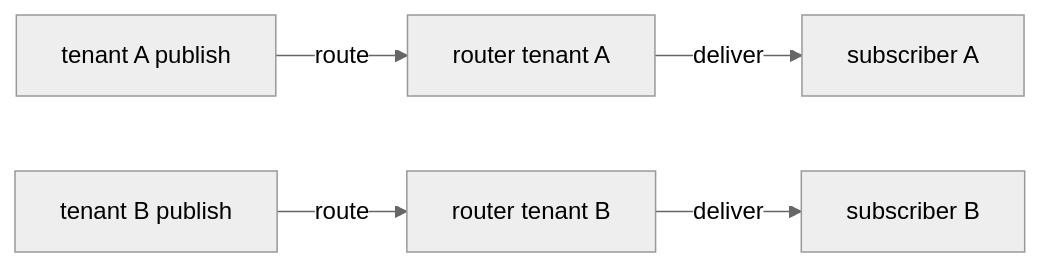
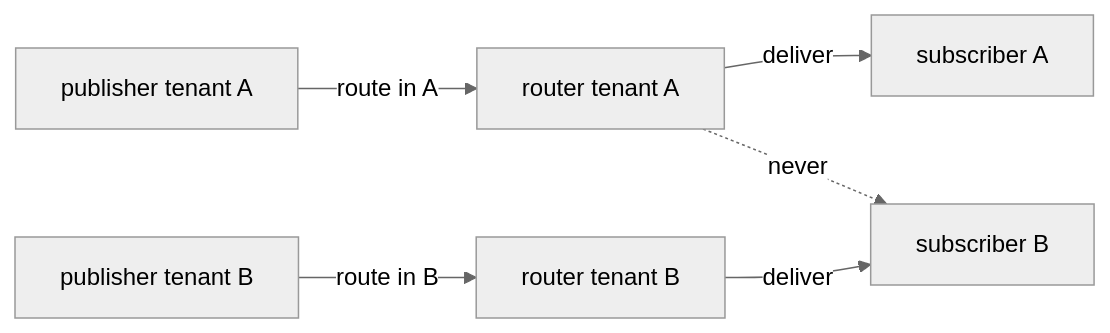
The diagram in docs/multi-tenancy/index.md (Indus-Stack/indramqtt), drawn with Mermaid (neutral theme) before and after one commit. The commit also changed other lines of this file and 19 other files, not shown here.

````diff
--- a/docs/multi-tenancy/index.md
+++ b/docs/multi-tenancy/index.md
@@ -12,7 +14,8 @@
 ```mermaid
 flowchart LR
-    A["tenant A publish"] -- "route" --> RA["router tenant A"]
-    B["tenant B publish"] -- "route" --> RB["router tenant B"]
+    A["publisher tenant A"] -- "route in A" --> RA["router tenant A"]
+    B["publisher tenant B"] -- "route in B" --> RB["router tenant B"]
     RA -- "deliver" --> SA["subscriber A"]
     RB -- "deliver" --> SB["subscriber B"]
+    RA -. "never" .-> SB
 ```
````
